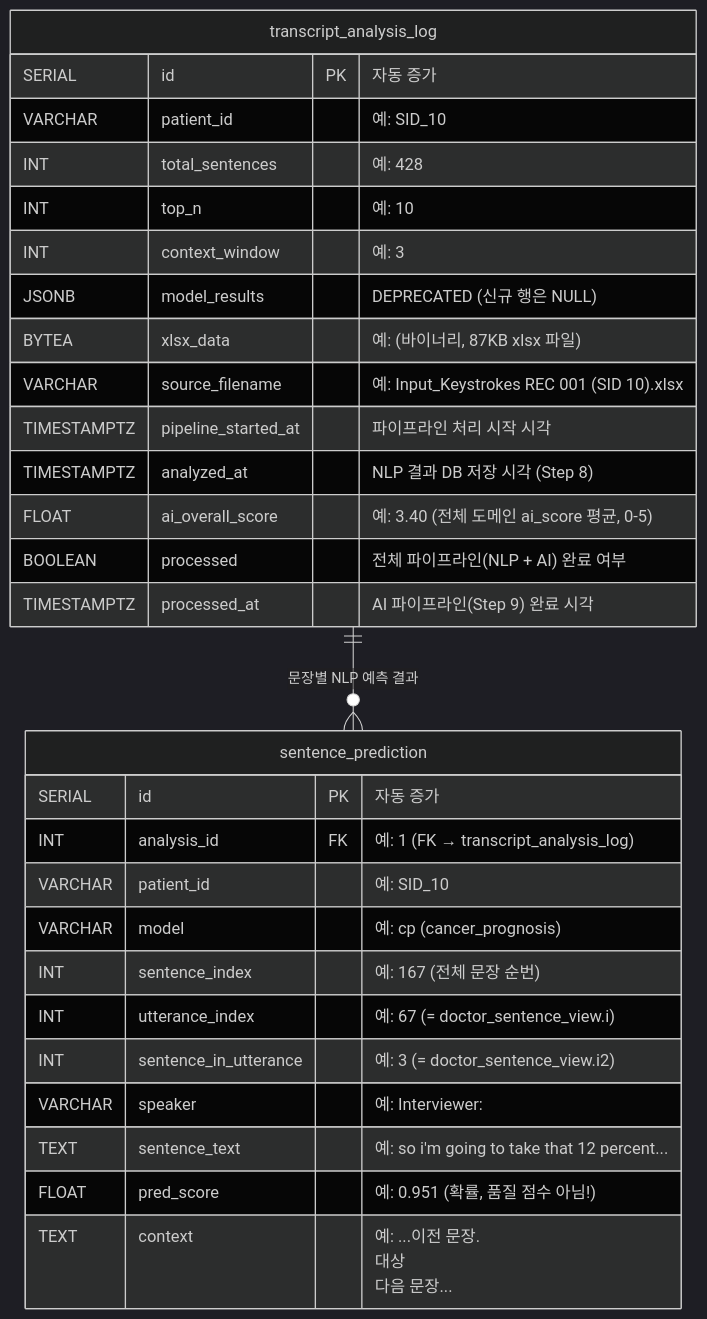
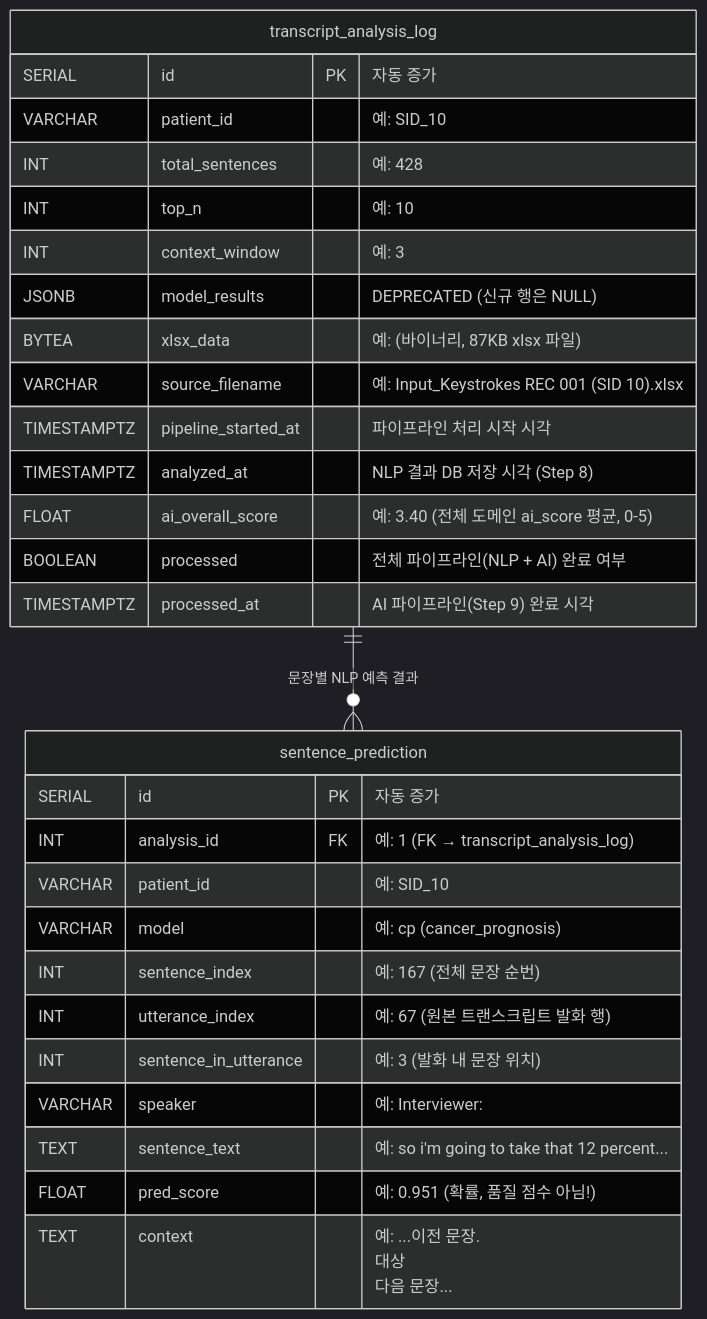
Before and after one commit to HyunjunA/Prostate_cancer_consultation: the third of 6 diagrams in app/Backend/patient_doctor_interface_erd_v3_kr.md, drawn with Mermaid (dark theme). The commit also changed other lines of this file and 18 other files, not shown here.

````diff
--- a/app/Backend/patient_doctor_interface_erd_v3_kr.md
+++ b/app/Backend/patient_doctor_interface_erd_v3_kr.md
@@ -78,34 +65,34 @@
 ```mermaid
 erDiagram
     transcript_analysis_log {
         SERIAL id PK "자동 증가"
         VARCHAR patient_id "예: SID_10"
         INT total_sentences "예: 428"
         INT top_n "예: 10"
         INT context_window "예: 3"
         JSONB model_results "DEPRECATED (신규 행은 NULL)"
         BYTEA xlsx_data "예: (바이너리, 87KB xlsx 파일)"
         VARCHAR source_filename "예: Input_Keystrokes REC 001 (SID 10).xlsx"
         TIMESTAMPTZ pipeline_started_at "파이프라인 처리 시작 시각"
         TIMESTAMPTZ analyzed_at "NLP 결과 DB 저장 시각 (Step 8)"
         FLOAT ai_overall_score "예: 3.40 (전체 도메인 ai_score 평균, 0-5)"
         BOOLEAN processed "전체 파이프라인(NLP + AI) 완료 여부"
         TIMESTAMPTZ processed_at "AI 파이프라인(Step 9) 완료 시각"
     }
 
     sentence_prediction {
         SERIAL id PK "자동 증가"
         INT analysis_id FK "예: 1 (FK → transcript_analysis_log)"
         VARCHAR patient_id "예: SID_10"
         VARCHAR model "예: cp (cancer_prognosis)"
         INT sentence_index "예: 167 (전체 문장 순번)"
-        INT utterance_index "예: 67 (= doctor_sentence_view.i)"
-        INT sentence_in_utterance "예: 3 (= doctor_sentence_view.i2)"
+        INT utterance_index "예: 67 (원본 트랜스크립트 발화 행)"
+        INT sentence_in_utterance "예: 3 (발화 내 문장 위치)"
         VARCHAR speaker "예: Interviewer:"
         TEXT sentence_text "예: so i'm going to take that 12 percent..."
         FLOAT pred_score "예: 0.951 (확률, 품질 점수 아님!)"
         TEXT context "예: ...이전 문장. <main>대상</main> 다음 문장..."
     }
 
     transcript_analysis_log ||--o{ sentence_prediction : "문장별 NLP 예측 결과"
 ```
````
